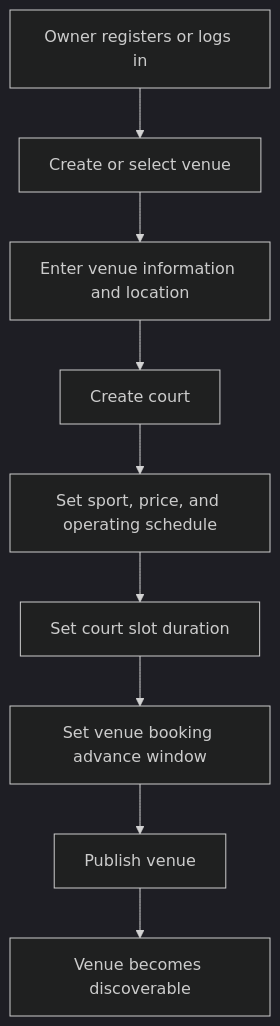
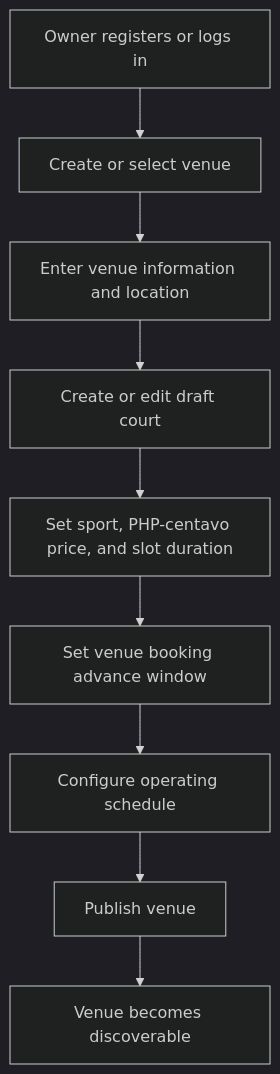
The first of 2 diagrams in docs/flows/owner-booking-management.md (5kydriven/sport-hub-api), drawn with Mermaid (dark theme) before and after one commit. The commit also changed other lines of this file and 20 other files, not shown here.

Commit message:
feat: add owner venue and court management

````diff
--- a/docs/flows/owner-booking-management.md
+++ b/docs/flows/owner-booking-management.md
@@ -9,11 +9,11 @@
 ```mermaid
 flowchart TD
     A[Owner registers or logs in] --> B[Create or select venue]
     B --> C[Enter venue information and location]
-    C --> D[Create court]
-    D --> E[Set sport, price, and operating schedule]
-    E --> F[Set court slot duration]
-    F --> G[Set venue booking advance window]
+    C --> D[Create or edit draft court]
+    D --> E[Set sport, PHP-centavo price, and slot duration]
+    E --> F[Set venue booking advance window]
+    F --> G[Configure operating schedule]
     G --> H[Publish venue]
     H --> I[Venue becomes discoverable]
 ```
````
